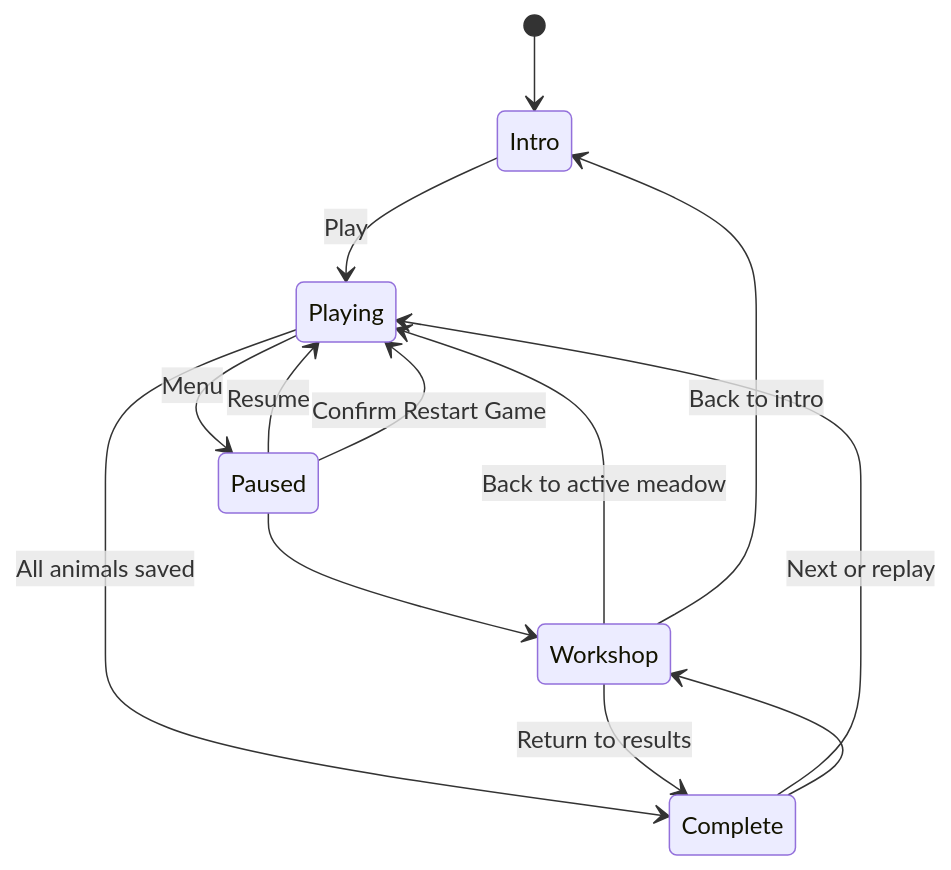
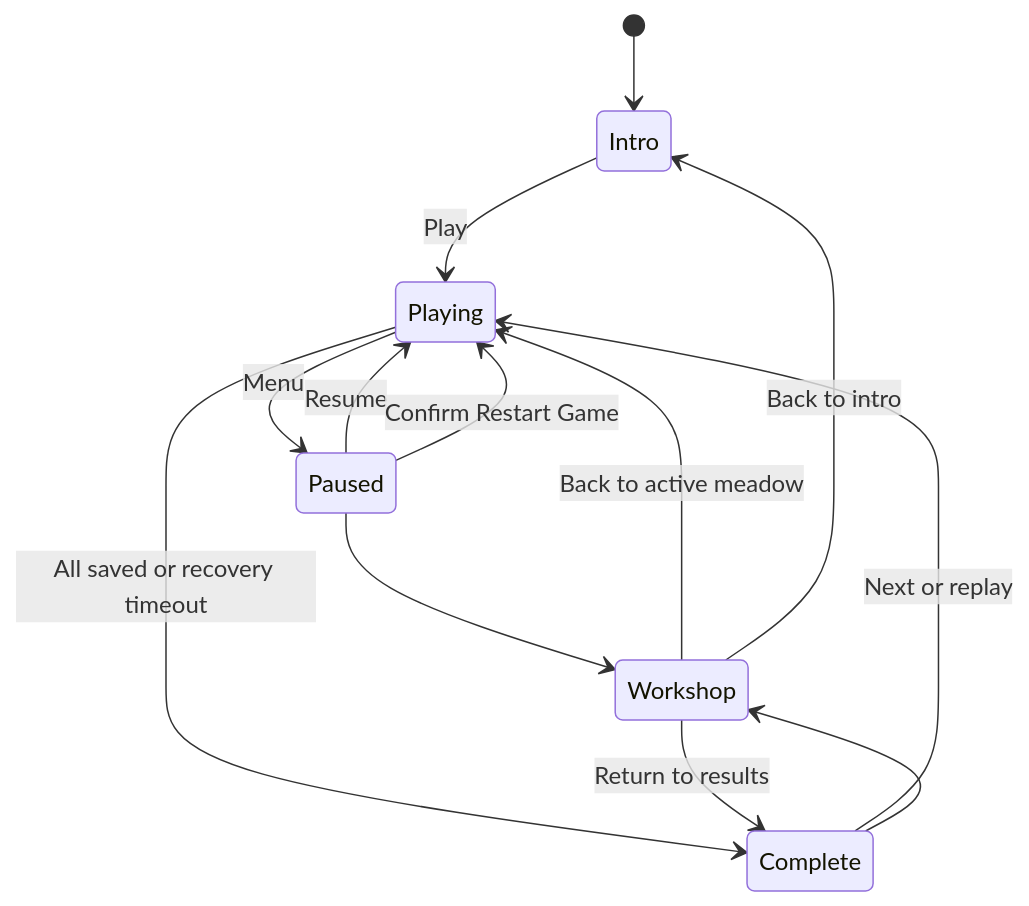
One commit to novydhillon/Flock changed the first of 2 diagrams in docs/REQUIREMENTS.md. Above: the diagram before and after it, drawn with Mermaid. The commit also changed other lines of this file and 53 other files, not shown here.

````diff
--- a/docs/REQUIREMENTS.md
+++ b/docs/REQUIREMENTS.md
@@ -27,15 +27,15 @@
 ```mermaid
 stateDiagram-v2
     [*] --> Intro
     Intro --> Playing: Play
     Playing --> Paused: Menu
     Paused --> Playing: Resume
-    Playing --> Complete: All animals saved
+    Playing --> Complete: All saved or recovery timeout
     Complete --> Playing: Next or replay
     Paused --> Workshop
     Complete --> Workshop
     Workshop --> Playing: Back to active meadow
     Workshop --> Intro: Back to intro
     Workshop --> Complete: Return to results
     Paused --> Playing: Confirm Restart Game
 ```
````
